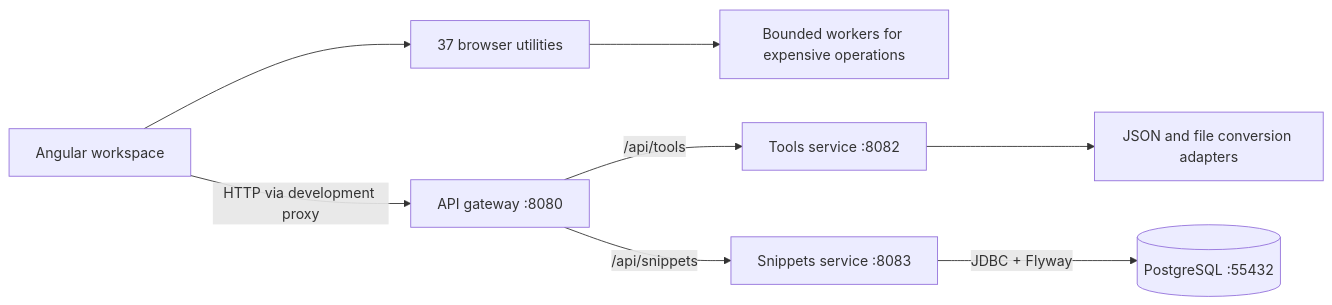
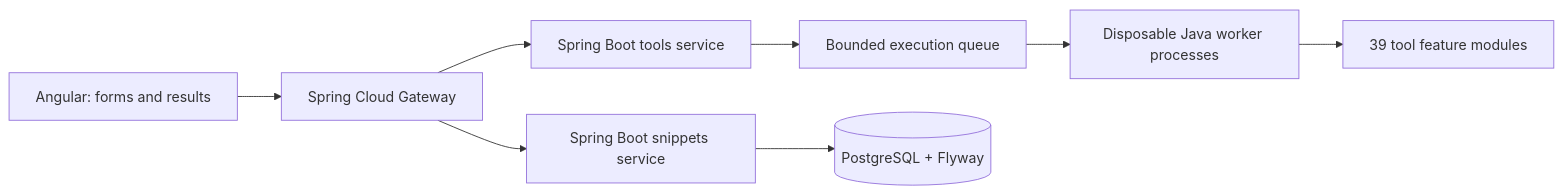
One commit to adem-benneji/devdock changed the diagram in README.md. Above: the diagram before and after it, drawn with Mermaid. The commit also changed other lines of this file and 390 other files, not shown here.

Commit message:
feat: move DevDock tools to Spring Boot backend

````diff
--- a/README.md
+++ b/README.md
@@ -208,10 +68,10 @@
 ```mermaid
 flowchart LR
-    Browser[Angular workspace] --> Local[37 browser utilities]
-    Local --> Workers[Bounded workers for expensive operations]
-    Browser -->|HTTP via development proxy| Gateway[API gateway :8080]
-    Gateway -->|/api/tools| Tools[Tools service :8082]
-    Gateway -->|/api/snippets| Snippets[Snippets service :8083]
-    Tools --> Converters[JSON and file conversion adapters]
-    Snippets -->|JDBC + Flyway| PostgreSQL[(PostgreSQL :55432)]
+    UI[Angular: forms and results] --> Gateway[Spring Cloud Gateway]
+    Gateway --> Tools[Spring Boot tools service]
+    Gateway --> Snippets[Spring Boot snippets service]
+    Tools --> Queue[Bounded execution queue]
+    Queue --> Workers[Disposable Java worker processes]
+    Workers --> Features[39 tool feature modules]
+    Snippets --> DB[(PostgreSQL + Flyway)]
 ```
````
